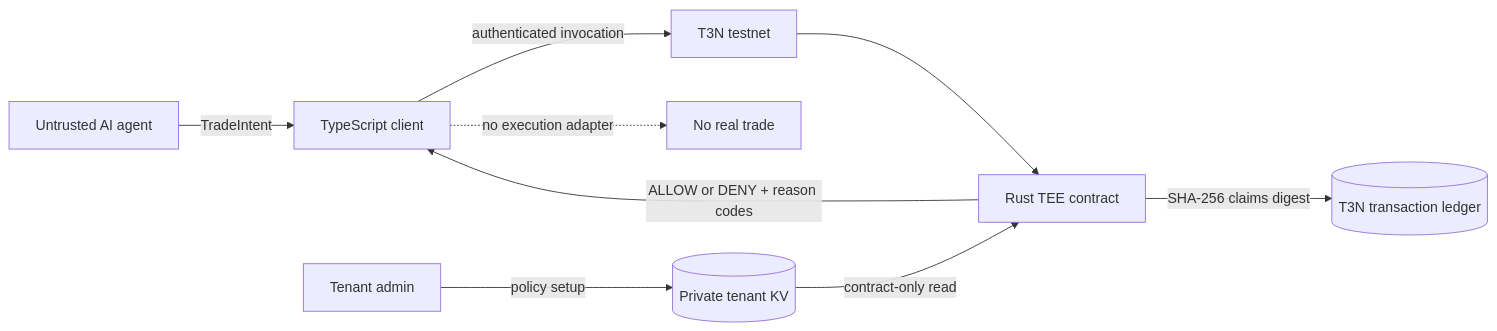
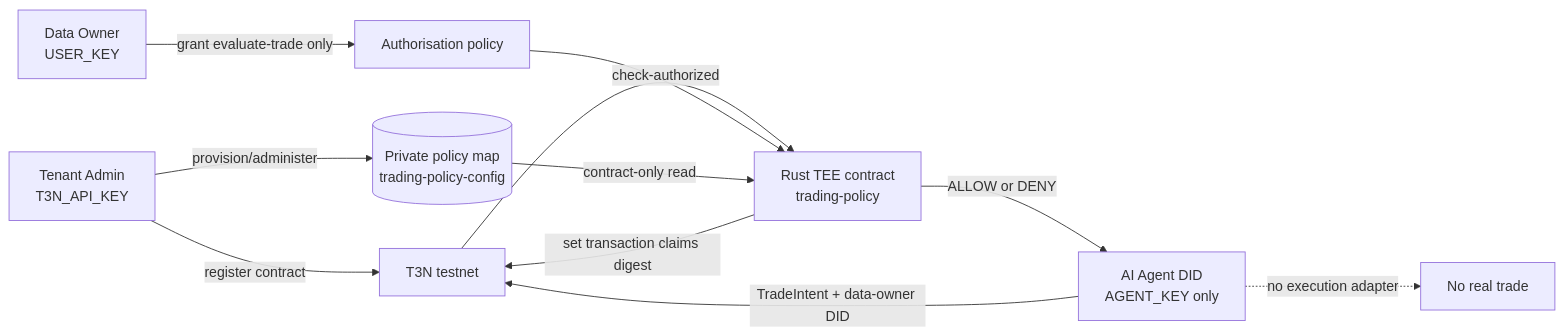
The diagram in README.md (zhaofeipeter/secure-trading-policy-agent), drawn with Mermaid before and after one commit. The commit also changed other lines of this file and 22 other files, not shown here.

Commit message:
fix: address CTO security and architecture review

````diff
--- a/README.md
+++ b/README.md
@@ -9,11 +9,13 @@
 ```mermaid
 flowchart LR
-    A[Untrusted AI agent] -->|TradeIntent| C[TypeScript client]
-    C -->|authenticated invocation| T[T3N testnet]
-    P[Tenant admin] -->|policy setup| K[(Private tenant KV)]
-    T --> E[Rust TEE contract]
-    K -->|contract-only read| E
-    E -->|ALLOW or DENY + reason codes| C
-    E -->|SHA-256 claims digest| L[(T3N transaction ledger)]
-    C -. no execution adapter .-> X[No real trade]
+    Admin[Tenant Admin<br/>T3N_API_KEY] -->|register contract| T[T3N testnet]
+    Admin -->|provision/administer| KV[(Private policy map<br/>trading-policy-config)]
+    User[Data Owner<br/>USER_KEY] -->|grant evaluate-trade only| Auth[Authorisation policy]
+    Agent[AI Agent DID<br/>AGENT_KEY only] -->|TradeIntent + data-owner DID| T
+    T --> C[Rust TEE contract<br/>trading-policy]
+    Auth -->|check-authorized| C
+    KV -->|contract-only read| C
+    C -->|ALLOW or DENY| Agent
+    C -->|set transaction claims digest| T
+    Agent -. no execution adapter .-> X[No real trade]
 ```
````
